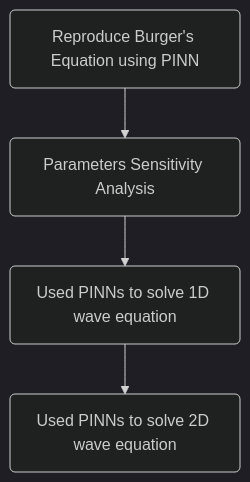
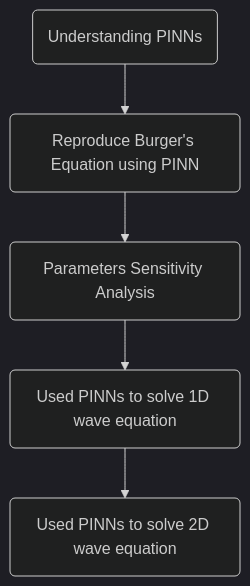
One commit to arohatgi29/Team_Surfers_Geoscience_Hackathon2024 changed the diagram in README.md. Above: the diagram before and after it, drawn with Mermaid (dark theme).

````diff
--- a/README.md
+++ b/README.md
@@ -14,6 +14,7 @@
 ```mermaid
 graph TD;
-    A(Reproduce Burger's Equation using PINN)-->B(Parameters Sensitivity Analysis);
-    B-->C(Used PINNs to solve 1D wave equation);
-    C-->D(Used PINNs to solve 2D wave equation)
+    A(Understanding PINNs)-->B(Reproduce Burger's Equation using PINN);
+    B-->C(Parameters Sensitivity Analysis);
+    C-->D(Used PINNs to solve 1D wave equation)
+    D-->E(Used PINNs to solve 2D wave equation)
 ```
````
